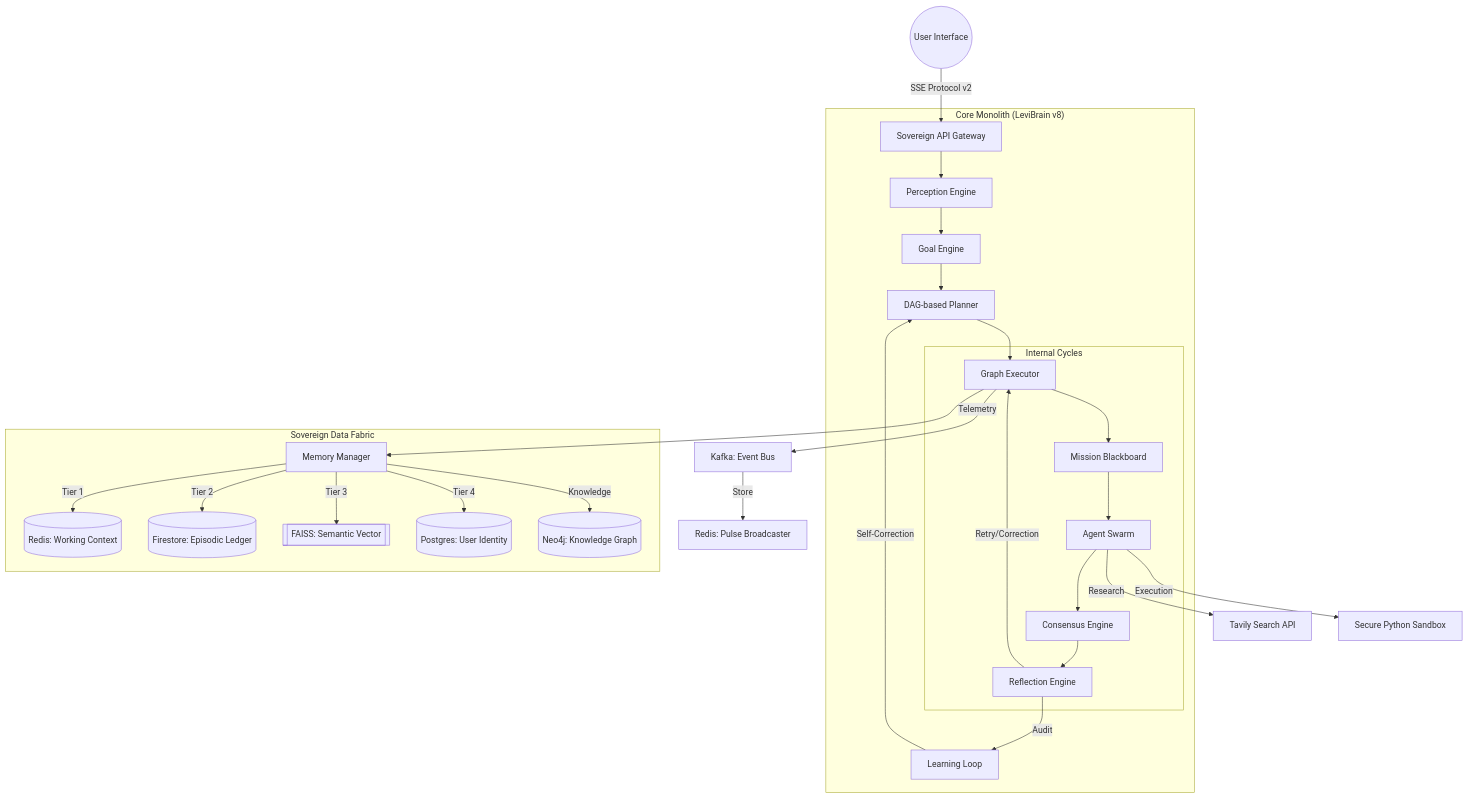
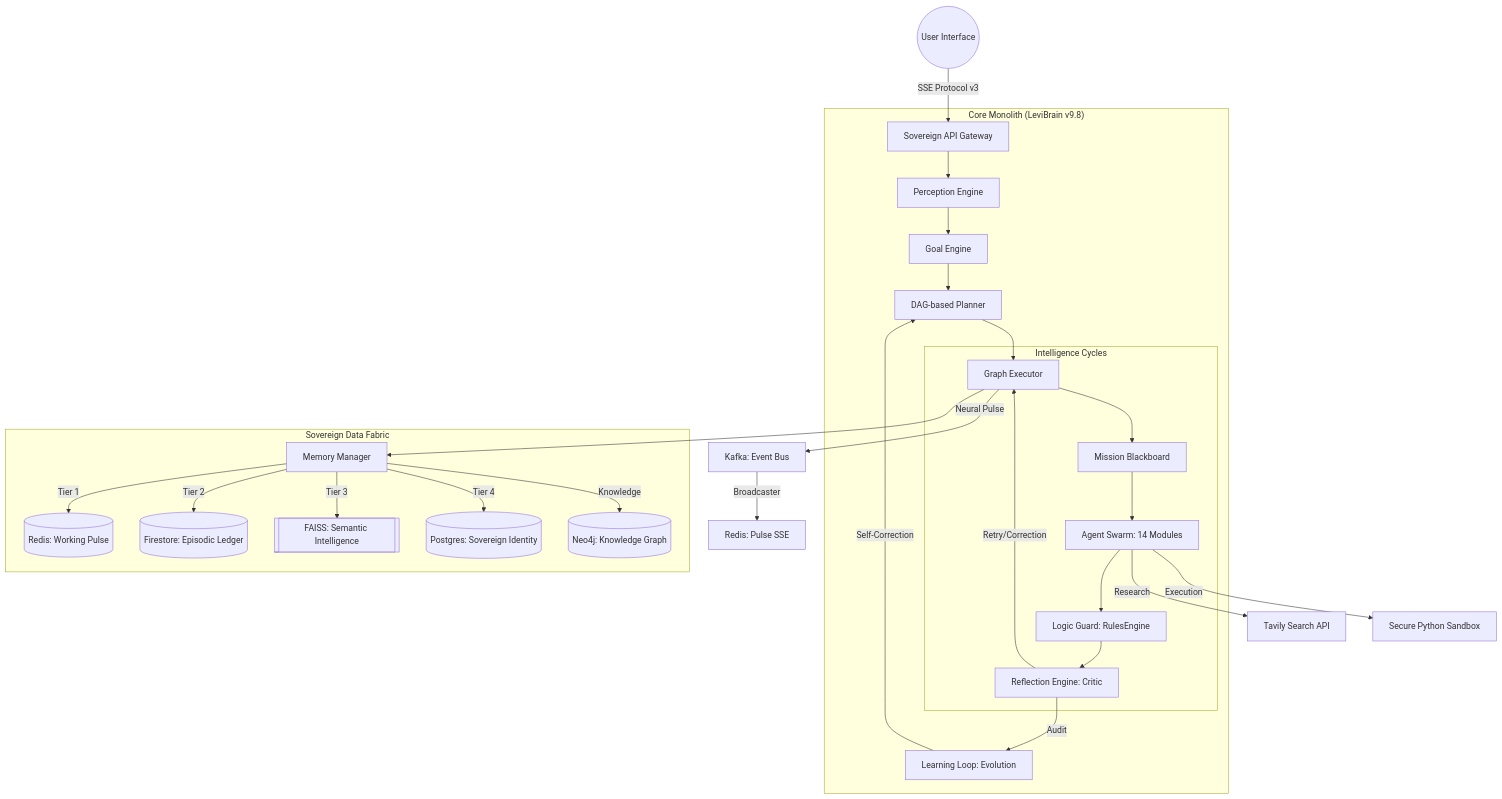
One commit to Blackdrg/levi-ai-innovate changed the first of 2 diagrams in README.md. Above: the diagram before and after it, drawn with Mermaid. The commit also changed other lines of this file and 81 other files, not shown here.

Commit message:
Graduation: Global Synchronization to LEVI-AI Sovereign OS v9.8.1

````diff
--- a/README.md
+++ b/README.md
@@ -30,44 +62,44 @@
 ```mermaid
 graph TD
     %% Entry Layer
-    User((User Interface)) -->|SSE Protocol v2| Gateway[Sovereign API Gateway]
+    User((User Interface)) -->|SSE Protocol v3| Gateway[Sovereign API Gateway]
     
-    %% Cognitive Monolith v8
-    subgraph "Core Monolith (LeviBrain v8)"
+    %% Cognitive Monolith v9.8
+    subgraph "Core Monolith (LeviBrain v9.8)"
         Gateway --> Perception[Perception Engine]
         Perception --> Goal[Goal Engine]
         Goal --> Planner[DAG-based Planner]
         Planner --> Executor[Graph Executor]
         
         %% Internal Decision Fabric
-        subgraph "Internal Cycles"
+        subgraph "Intelligence Cycles"
             Executor --> Blackboard[Mission Blackboard]
-            Blackboard --> Agents[Agent Swarm]
-            Agents --> Consensus[Consensus Engine]
-            Consensus --> Reflection[Reflection Engine]
+            Blackboard --> Agents[Agent Swarm: 14 Modules]
+            Agents --> Logic[Logic Guard: RulesEngine]
+            Logic --> Reflection[Reflection Engine: Critic]
         end
         
         %% Intelligence Layers
         Reflection -->|Retry/Correction| Executor
-        Reflection -->|Audit| Learning[Learning Loop]
+        Reflection -->|Audit| Learning[Learning Loop: Evolution]
         Learning -->|Self-Correction| Planner
     end
     
     %% Messaging & Event Bus
-    Executor -->|Telemetry| Kafka[Kafka: Event Bus]
-    Kafka -->|Store| Redis_P[Redis: Pulse Broadcaster]
+    Executor -->|Neural Pulse| Kafka[Kafka: Event Bus]
+    Kafka -->|Broadcaster| Redis_P[Redis: Pulse SSE]
 
     %% Resonant Memory Fabric
     subgraph "Sovereign Data Fabric"
         Executor --> Memory[Memory Manager]
-        Memory -->|Tier 1| Redis[(Redis: Working Context)]
+        Memory -->|Tier 1| Redis[(Redis: Working Pulse)]
         Memory -->|Tier 2| Firestore[(Firestore: Episodic Ledger)]
-        Memory -->|Tier 3| FAISS[[FAISS: Semantic Vector]]
-        Memory -->|Tier 4| Postgres[(Postgres: User Identity)]
+        Memory -->|Tier 3| FAISS[[FAISS: Semantic Intelligence]]
+        Memory -->|Tier 4| Postgres[(Postgres: Sovereign Identity)]
         Memory -->|Knowledge| Neo4j[(Neo4j: Knowledge Graph)]
     end
     
-    %% External Tooling
+    %% External Ecosystem
     Agents -->|Research| Tavily[Tavily Search API]
     Agents -->|Execution| Sandbox[Secure Python Sandbox]
 ```
````
